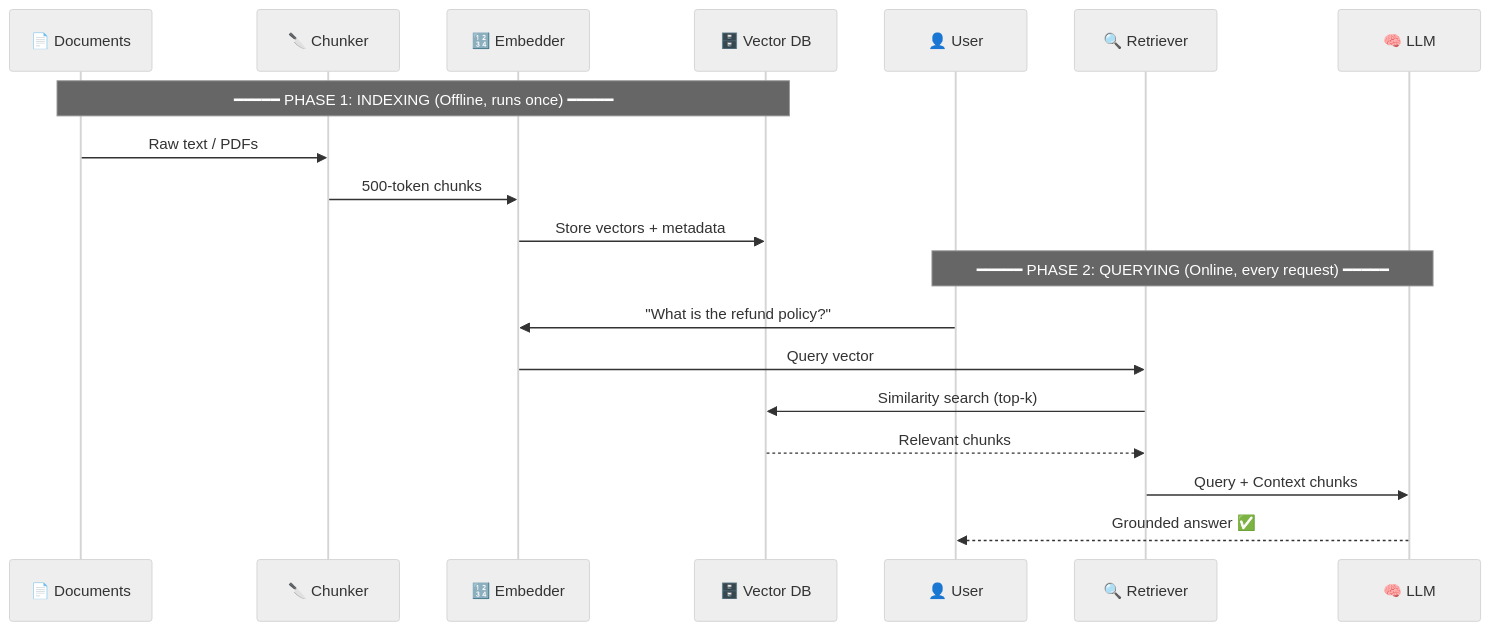
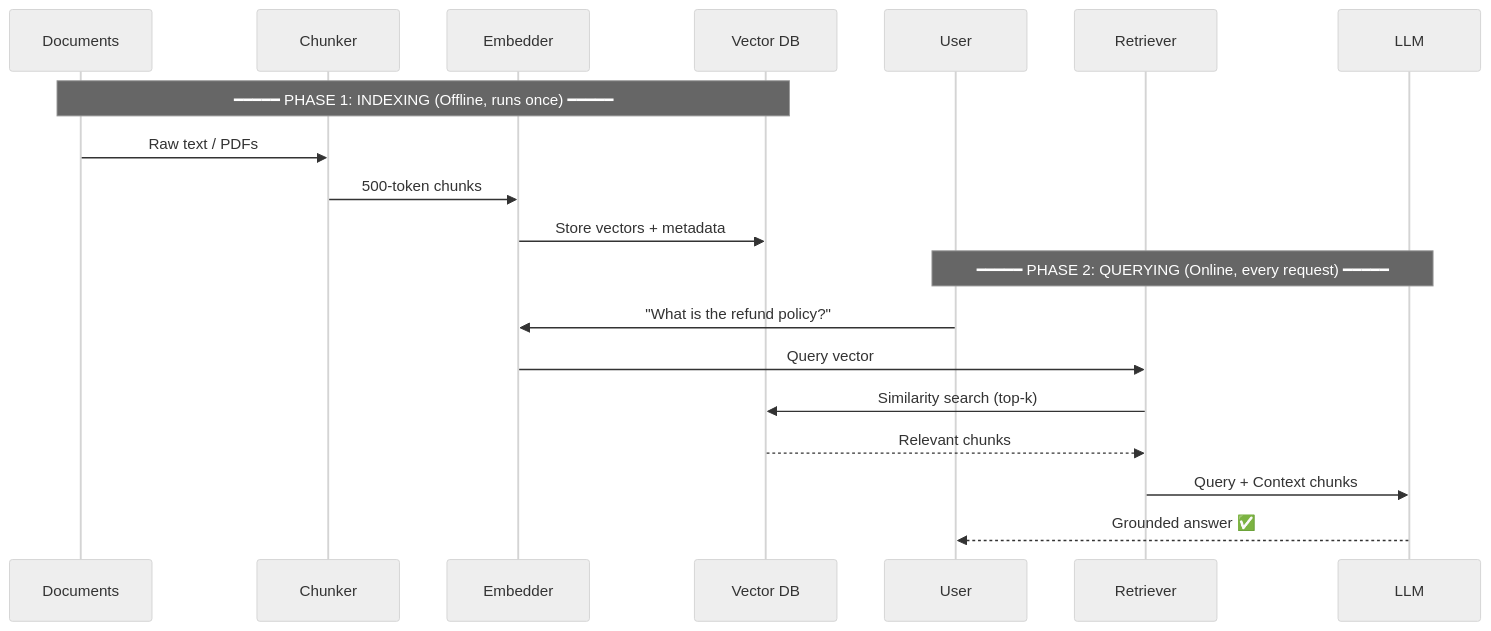
The second of 5 diagrams in README.md (aswathh/RAG_COMPLETE_GUIDE), drawn with Mermaid (neutral theme) before and after one commit. The commit also changed other lines of this file, not shown here.

````diff
--- a/README.md
+++ b/README.md
@@ -154,25 +154,25 @@
 ```mermaid
 sequenceDiagram
-    participant D as 📄 Documents
-    participant C as 🔪 Chunker
-    participant E as 🔢 Embedder
-    participant V as 🗄️ Vector DB
-    participant U as 👤 User
-    participant R as 🔍 Retriever
-    participant L as 🧠 LLM
+    participant D as Documents
+    participant C as Chunker
+    participant E as Embedder
+    participant V as Vector DB
+    participant U as User
+    participant R as Retriever
+    participant L as LLM
 
     Note over D,V: ━━━━━ PHASE 1: INDEXING (Offline, runs once) ━━━━━
 
     D->>C: Raw text / PDFs
     C->>E: 500-token chunks
     E->>V: Store vectors + metadata
 
     Note over U,L: ━━━━━ PHASE 2: QUERYING (Online, every request) ━━━━━
 
     U->>E: "What is the refund policy?"
     E->>R: Query vector
     R->>V: Similarity search (top-k)
     V-->>R: Relevant chunks
     R->>L: Query + Context chunks
     L-->>U: Grounded answer ✅
 ```
````
